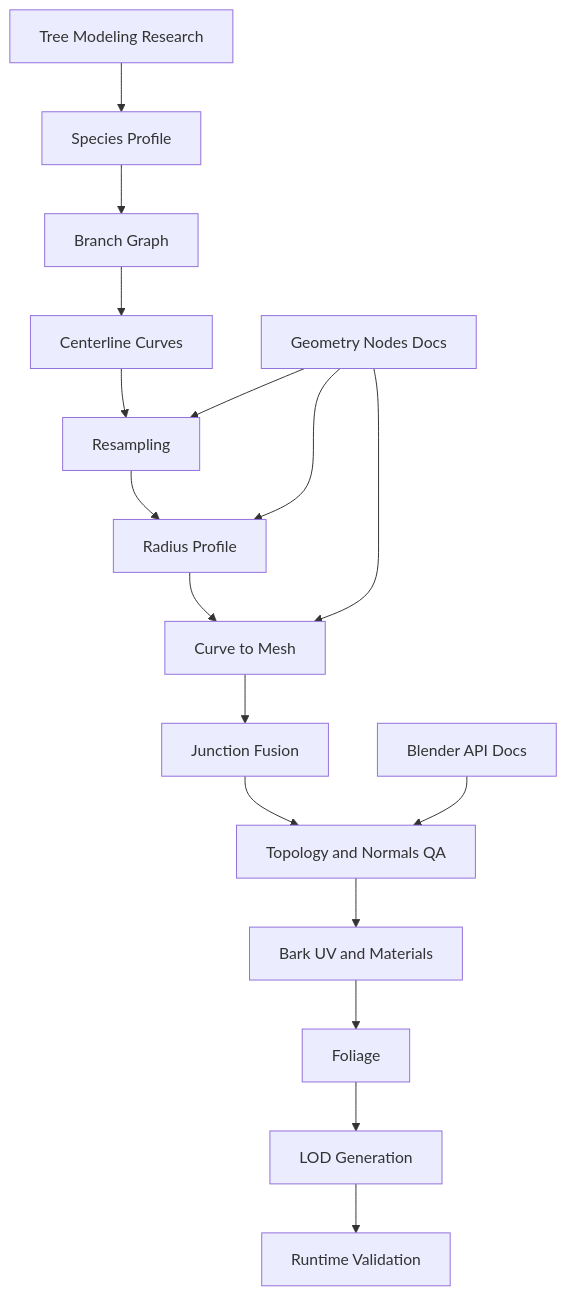
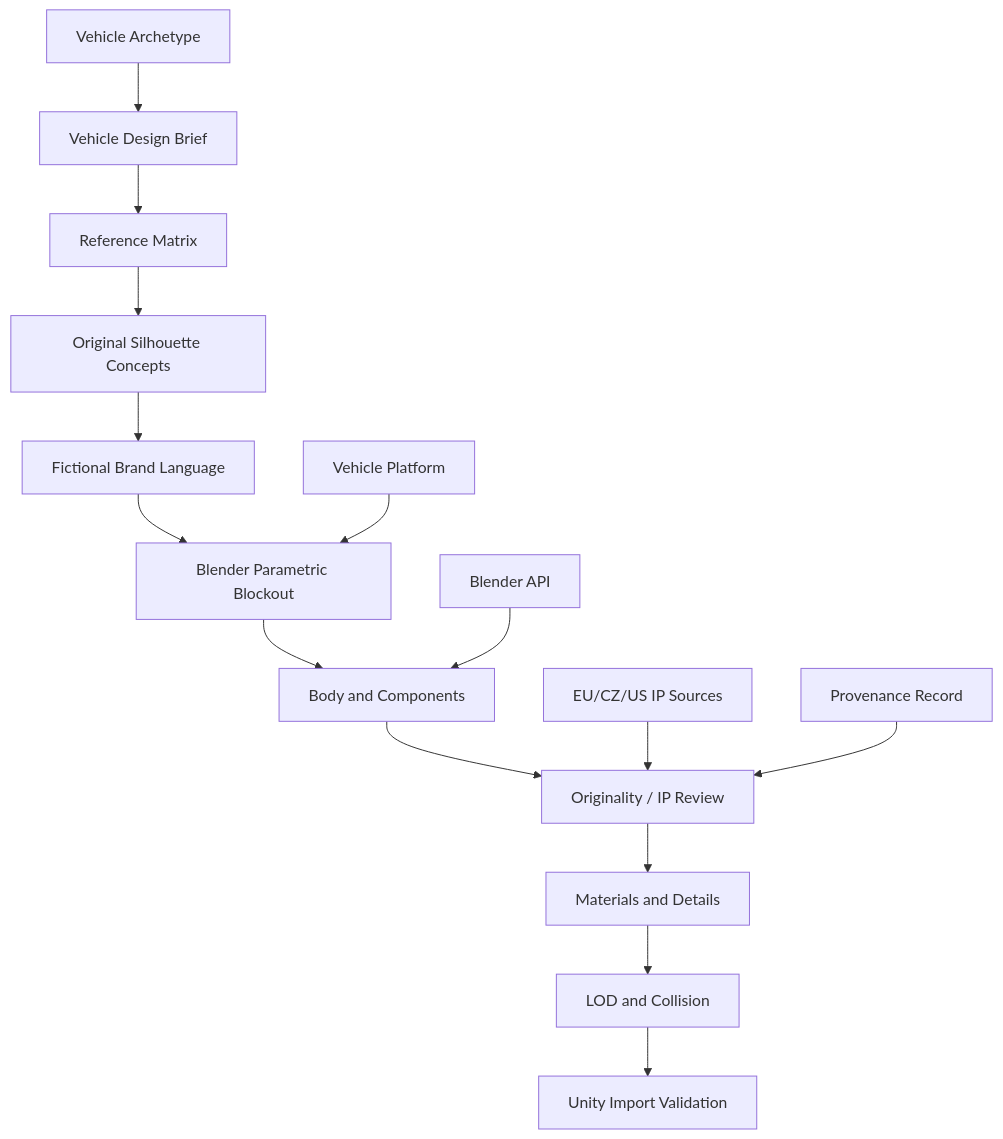
Before and after one commit to projectzonio/what_if: the diagram in knowledge/blender/graphrag-model.md, drawn with Mermaid. The commit also changed other lines of this file, not shown here.

Commit message:
Extend Blender knowledge base with fictional vehicle research

```diff
--- a/knowledge/blender/graphrag-model.md
+++ b/knowledge/blender/graphrag-model.md
@@ -78,19 +97,17 @@
 ~~~mermaid
 graph TD
-  A[Species Profile] --> B[Branch Graph]
-  B --> C[Centerline Curves]
-  C --> D[Resampling]
-  D --> E[Radius Profile]
-  E --> F[Curve to Mesh]
-  F --> G[Junction Fusion]
-  G --> H[Topology and Normals QA]
-  H --> I[Bark UV and Materials]
-  I --> J[Foliage]
-  J --> K[LOD Generation]
-  K --> L[Runtime Validation]
-  M[Blender API Docs] --> H
-  N[Geometry Nodes Docs] --> D
-  N --> E
-  N --> F
-  O[Tree Modeling Research] --> A
+  A[Vehicle Archetype] --> B[Vehicle Design Brief]
+  B --> C[Reference Matrix]
+  C --> D[Original Silhouette Concepts]
+  D --> E[Fictional Brand Language]
+  E --> F[Blender Parametric Blockout]
+  F --> G[Body and Components]
+  G --> H[Originality / IP Review]
+  H --> I[Materials and Details]
+  I --> J[LOD and Collision]
+  J --> K[Unity Import Validation]
+  L[EU/CZ/US IP Sources] --> H
+  M[Provenance Record] --> H
+  N[Vehicle Platform] --> F
+  O[Blender API] --> G
 ~~~
```
